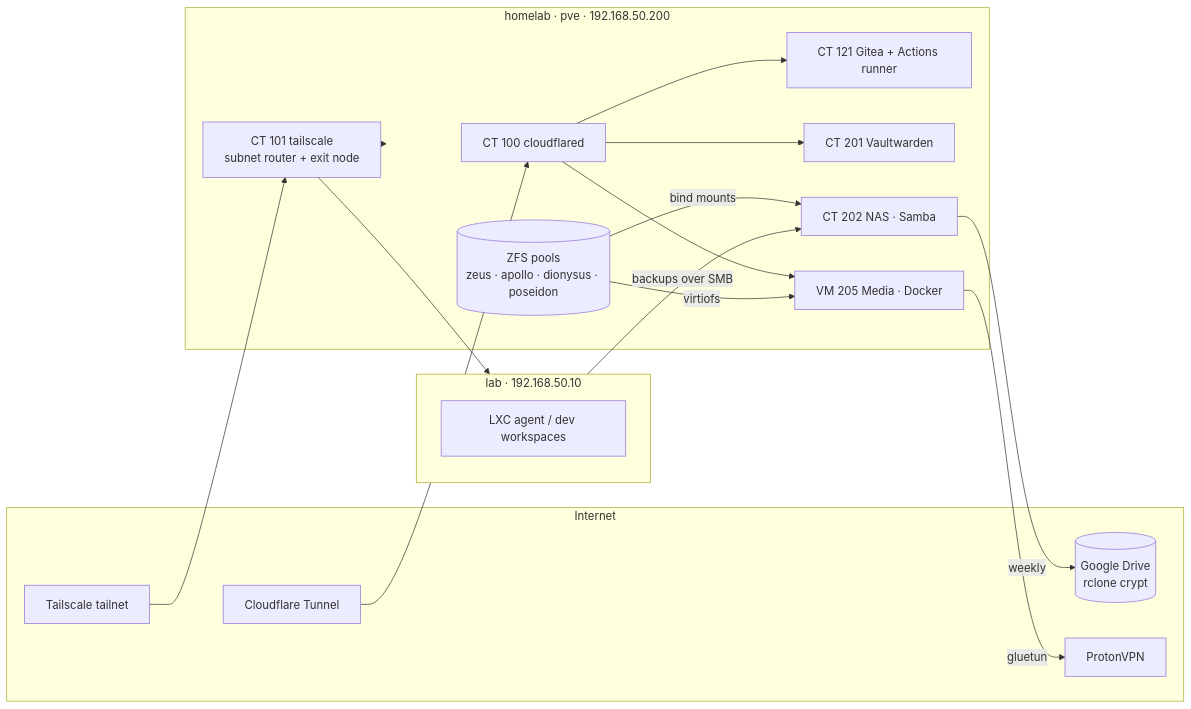
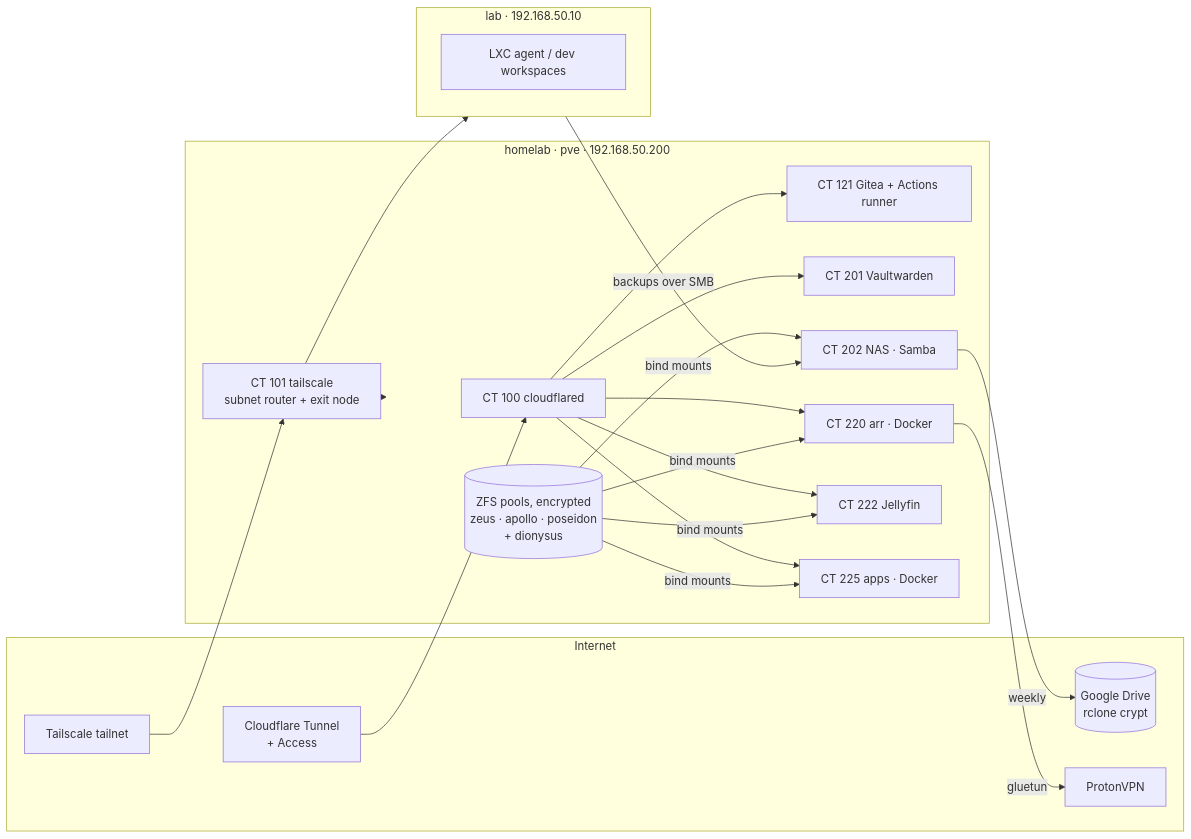
Before and after one commit to mateuspim/homelab: the diagram in README.md, drawn with Mermaid. The commit also changed other lines of this file and 47 other files, not shown here.

First line of the commit message:
Rebuild: media VM replaced by three LXCs, encrypted pools

````diff
--- a/README.md
+++ b/README.md
@@ -21,31 +23,32 @@
 ```mermaid
 flowchart LR
     subgraph Internet
-        CF[Cloudflare Tunnel]
+        CF[Cloudflare Tunnel<br/>+ Access]
         TS[Tailscale tailnet]
         GD[(Google Drive<br/>rclone crypt)]
         VPN[ProtonVPN]
     end
 
     subgraph pve["homelab · pve · 192.168.50.200"]
         CT100[CT 100 cloudflared]
         CT101[CT 101 tailscale<br/>subnet router + exit node]
         CT121[CT 121 Gitea + Actions runner]
         CT201[CT 201 Vaultwarden]
         CT202[CT 202 NAS · Samba]
-        VM205[VM 205 Media · Docker]
-        ZFS[(ZFS pools<br/>zeus · apollo · dionysus · poseidon)]
+        CT220[CT 220 arr · Docker]
+        CT222[CT 222 Jellyfin]
+        CT225[CT 225 apps · Docker]
+        ZFS[(ZFS pools, encrypted<br/>zeus · apollo · poseidon<br/>+ dionysus)]
     end
 
     subgraph lab["lab · 192.168.50.10"]
         WS[LXC agent / dev workspaces]
     end
 
-    CF --> CT100 --> CT121 & CT201 & VM205
+    CF --> CT100 --> CT121 & CT201 & CT220 & CT222 & CT225
     TS --> CT101 --> pve & lab
-    ZFS -- bind mounts --> CT202
-    ZFS -- virtiofs --> VM205
-    VM205 -- gluetun --> VPN
+    ZFS -- bind mounts --> CT202 & CT220 & CT222 & CT225
+    CT220 -- gluetun --> VPN
     CT202 -- weekly --> GD
     lab -- backups over SMB --> CT202
 ```
````
